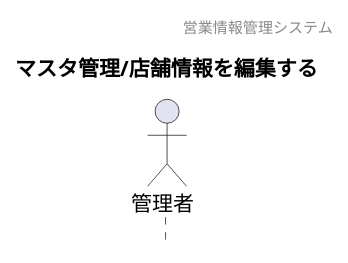
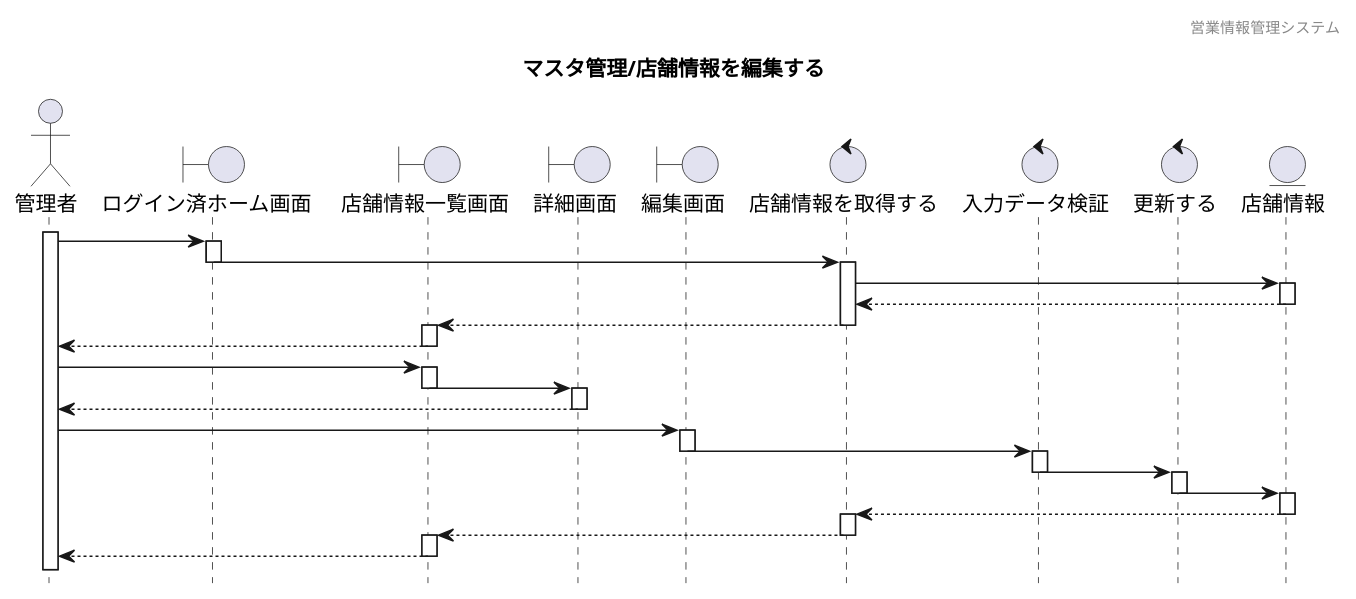
The diagram in 各種設計書/4シーケンス図/マスタ管理/2.店舗情報マスタ/店舗情報管理_編集.wsd (HaruShim/Sotuken), drawn with PlantUML before and after one commit. The commit also changed 4 other files, not shown here.

```diff
--- a/各種設計書/4シーケンス図/マスタ管理/2.店舗情報マスタ/店舗情報管理_編集.wsd
+++ b/各種設計書/4シーケンス図/マスタ管理/2.店舗情報マスタ/店舗情報管理_編集.wsd
@@ -1,16 +1,86 @@
 @startuml sequence
 
 hide footbox
 header 営業情報管理システム
 title マスタ管理/店舗情報を編集する
 
 ' actor "" as
 actor "管理者" as a1
 
 ' boundary "" as 
+boundary "ログイン済ホーム画面 " as b1
+boundary "店舗情報一覧画面" as b2
+boundary "詳細画面" as b3
+boundary "編集画面" as b4
 
 ' control "" as 
+control "店舗情報を取得する" as c1
+control "入力データ検証" as c2
+control "更新する" as c3
 
 ' entity "" as
+entity "店舗情報" as e1
+
+activate a1 
+a1 -> b1 :
+activate b1
+b1 -> c1 :
+deactivate b1
+
+activate c1
+c1 -> e1 :
+activate e1
+e1 --> c1 :
+deactivate e1
+c1 --> b2
+deactivate c1
+
+activate b2 
+b2 --> a1 :
+deactivate b2
+
+
+a1 ->b2
+activate b2
+b2 -> b3
+deactivate b2
+
+activate b3
+b3 --> a1 :
+deactivate b3
+
+
+a1 -> b4 :
+activate b4
+b4 -> c2 :
+deactivate b4
+
+activate c2
+c2 -> c3 :
+deactivate c2
+
+activate c3
+c3 -> e1 :
+deactivate
+
+activate e1
+e1 --> c1 :
+deactivate e1
+
+activate c1
+c1 --> b2 :
+deactivate c1
+
+activate b2 
+b2  -->  a1
+deactivate b2
+
+
+
+
+
+
+
+
 
 @enduml
```
